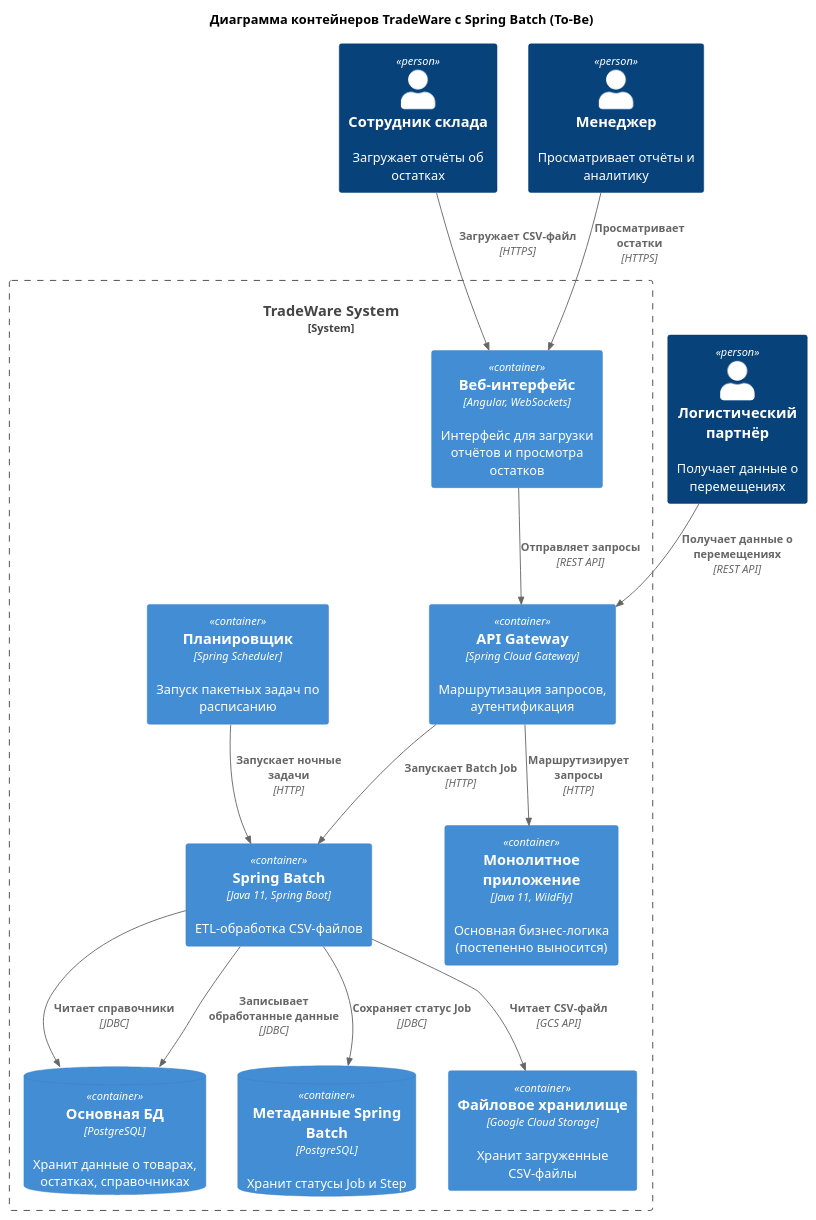
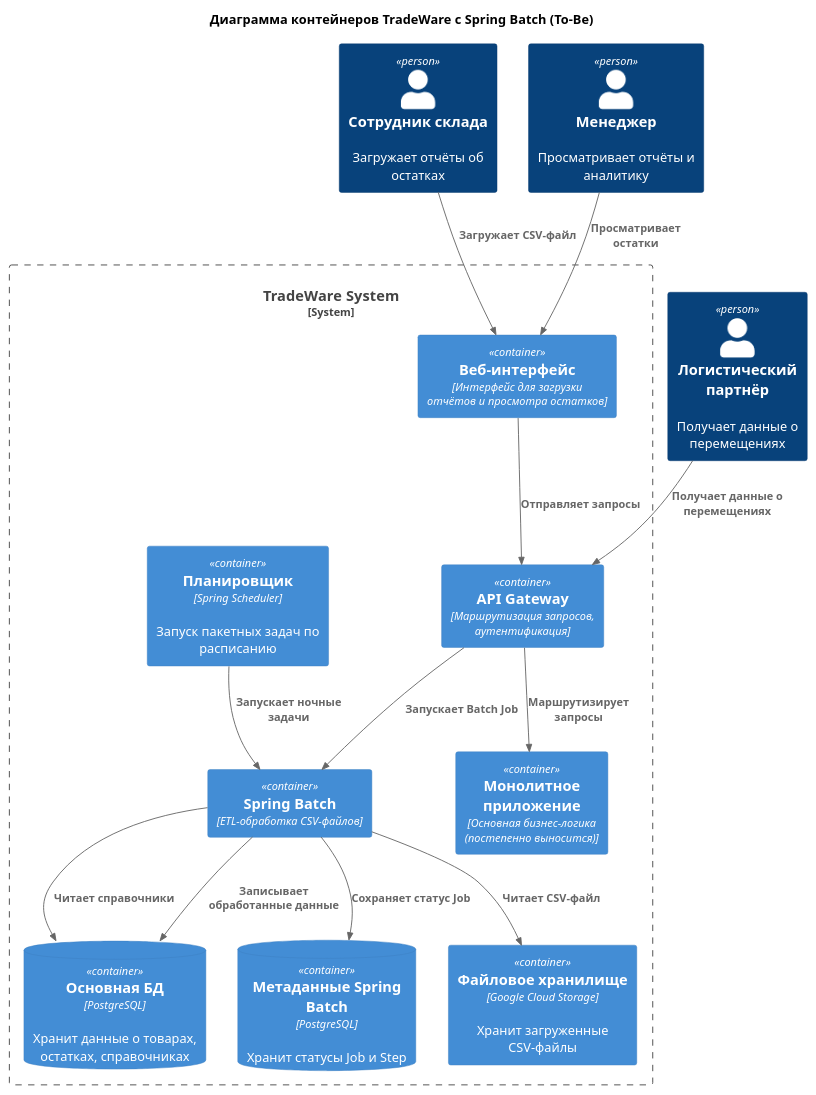
Before and after one commit to BelousovaNatali/msa-project-5-base: the diagram in task-4/results/с4_diagram.puml, drawn with PlantUML. The commit also changed 1 other file, not shown here.

```diff
--- a/task-4/results/с4_diagram.puml
+++ b/task-4/results/с4_diagram.puml
@@ -1,43 +1,43 @@
 @startuml
 !include https://raw.githubusercontent.com/plantuml-stdlib/C4-PlantUML/master/C4_Container.puml
 
 title Диаграмма контейнеров TradeWare с Spring Batch (To-Be)
 
 Person(worker, "Сотрудник склада", "Загружает отчёты об остатках")
 Person(manager, "Менеджер", "Просматривает отчёты и аналитику")
 Person(partner, "Логистический партнёр", "Получает данные о перемещениях")
 
 System_Boundary(tradeware, "TradeWare System") {
 
-    Container(frontend, "Веб-интерфейс", "Angular, WebSockets", "Интерфейс для загрузки отчётов и просмотра остатков")
+    Container(frontend, "Веб-интерфейс", "Интерфейс для загрузки отчётов и просмотра остатков")
 
-    Container(api, "API Gateway", "Spring Cloud Gateway", "Маршрутизация запросов, аутентификация")
+    Container(api, "API Gateway", "Маршрутизация запросов, аутентификация")
 
-    Container(monolith, "Монолитное приложение", "Java 11, WildFly", "Основная бизнес-логика (постепенно выносится)")
+    Container(monolith, "Монолитное приложение", "Основная бизнес-логика (постепенно выносится)")
 
-    Container(batch, "Spring Batch", "Java 11, Spring Boot", "ETL-обработка CSV-файлов")
+    Container(batch, "Spring Batch", "ETL-обработка CSV-файлов")
 
     Container(scheduler, "Планировщик", "Spring Scheduler", "Запуск пакетных задач по расписанию")
 
     ContainerDb(db, "Основная БД", "PostgreSQL", "Хранит данные о товарах, остатках, справочниках")
 
     ContainerDb(metadata, "Метаданные Spring Batch", "PostgreSQL", "Хранит статусы Job и Step")
 
     Container(storage, "Файловое хранилище", "Google Cloud Storage", "Хранит загруженные CSV-файлы")
 }
 
-Rel(worker, frontend, "Загружает CSV-файл", "HTTPS")
-Rel(manager, frontend, "Просматривает остатки", "HTTPS")
-Rel(partner, api, "Получает данные о перемещениях", "REST API")
-Rel(frontend, api, "Отправляет запросы", "REST API")
-Rel(api, monolith, "Маршрутизирует запросы", "HTTP")
-Rel(api, batch, "Запускает Batch Job", "HTTP")
+Rel(worker, frontend, "Загружает CSV-файл")
+Rel(manager, frontend, "Просматривает остатки")
+Rel(partner, api, "Получает данные о перемещениях")
+Rel(frontend, api, "Отправляет запросы")
+Rel(api, monolith, "Маршрутизирует запросы")
+Rel(api, batch, "Запускает Batch Job")
 
-Rel(batch, storage, "Читает CSV-файл", "GCS API")
-Rel(batch, db, "Читает справочники", "JDBC")
-Rel(batch, db, "Записывает обработанные данные", "JDBC")
-Rel(batch, metadata, "Сохраняет статус Job", "JDBC")
+Rel(batch, storage, "Читает CSV-файл")
+Rel(batch, db, "Читает справочники")
+Rel(batch, db, "Записывает обработанные данные")
+Rel(batch, metadata, "Сохраняет статус Job")
 
-Rel(scheduler, batch, "Запускает ночные задачи", "HTTP")
+Rel(scheduler, batch, "Запускает ночные задачи")
 
 @enduml
```
